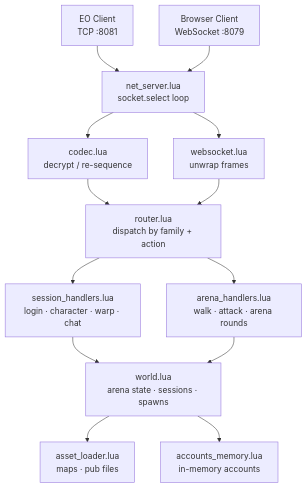
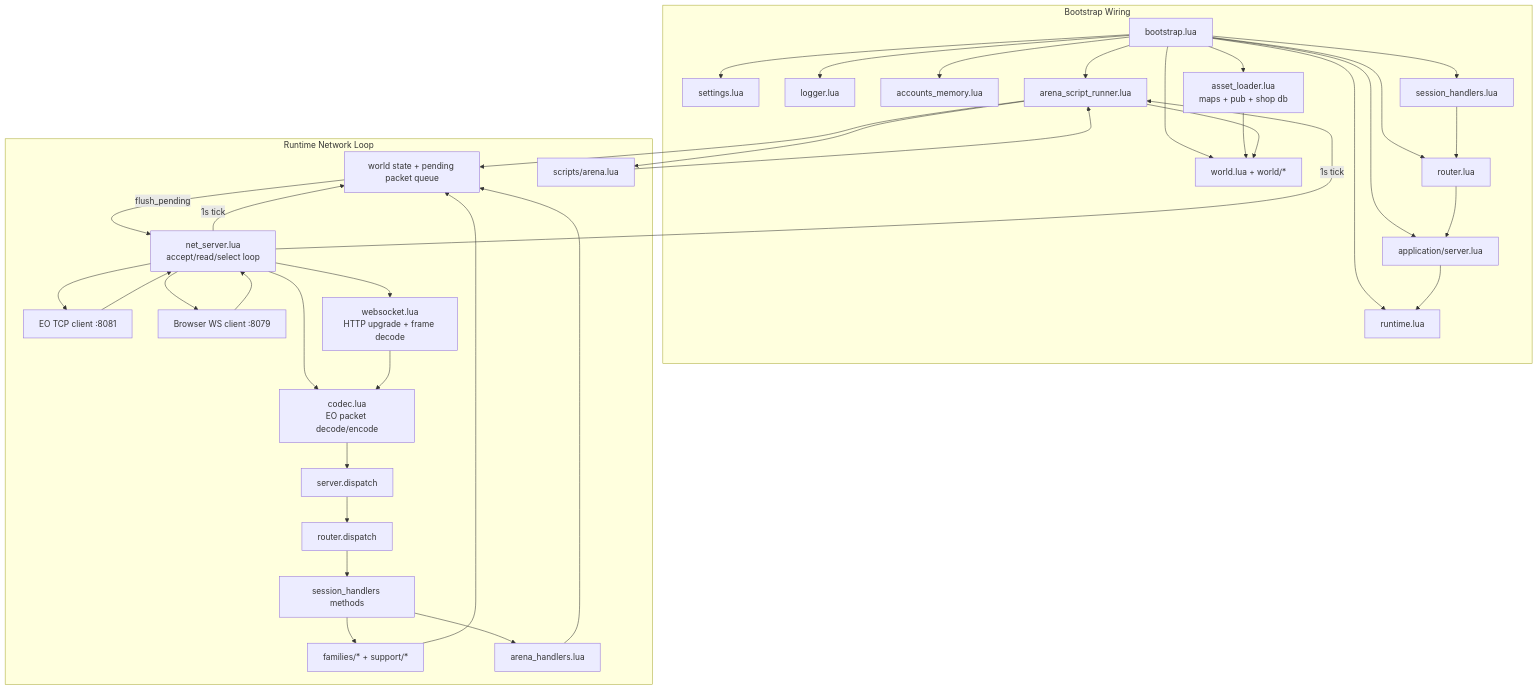
The diagram in README.md (jessjessjade12-cyber/Scorpion), drawn with Mermaid before and after one commit. The commit also changed other lines of this file, not shown here.

Commit message:
docs: align architecture flowchart with runtime wiring

````diff
--- a/README.md
+++ b/README.md
@@ -64,20 +68,68 @@
 ```mermaid
 flowchart TD
-    A[EO Client\nTCP :8081] --> N
-    B[Browser Client\nWebSocket :8079] --> N
+    subgraph Boot[Bootstrap Wiring]
+      B[bootstrap.lua]
+      ST[settings.lua]
+      LG[logger.lua]
+      AC[accounts_memory.lua]
+      AL[asset_loader.lua\nmaps + pub + shop db]
+      WO[world.lua + world/*]
+      AR[arena_script_runner.lua]
+      RO[router.lua]
+      SHW[session_handlers.lua]
+      SV[application/server.lua]
+      RT[runtime.lua]
 
-    N[net_server.lua\nsocket.select loop]
-    N --> C[codec.lua\ndecrypt / re-sequence]
-    N --> W[websocket.lua\nunwrap frames]
-    C --> R[router.lua\ndispatch by family + action]
-    W --> R
+      B --> ST
+      B --> LG
+      B --> AC
+      B --> AL
+      B --> WO
+      B --> AR
+      B --> RO
+      B --> SHW
+      B --> SV
+      B --> RT
+      AL --> WO
+      AR --> WO
+      SHW --> RO
+      RO --> SV
+      SV --> RT
+    end
 
-    R --> SH[session_handlers.lua\nlogin · character · warp · chat]
-    R --> AH[arena_handlers.lua\nwalk · attack · arena rounds]
+    subgraph Loop[Runtime Network Loop]
+      C1[EO TCP client :8081]
+      C2[Browser WS client :8079]
+      NS[net_server.lua\naccept/read/select loop]
+      WS[websocket.lua\nHTTP upgrade + frame decode]
+      CD[codec.lua\nEO packet decode/encode]
+      SD[server.dispatch]
+      ROD[router.dispatch]
+      SH[session_handlers methods]
+      FH[families/* + support/*]
+      AH[arena_handlers.lua]
+      WQ[world state + pending packet queue]
+      SCR[scripts/arena.lua]
 
-    SH --> WO[world.lua\narena state · sessions · spawns]
-    AH --> WO
-
-    WO --> AL[asset_loader.lua\nmaps · pub files]
-    WO --> AM[accounts_memory.lua\nin-memory accounts]
+      C1 --> NS
+      C2 --> NS
+      NS --> CD
+      NS --> WS
+      WS --> CD
+      CD --> SD
+      SD --> ROD
+      ROD --> SH
+      SH --> FH
+      SH --> AH
+      FH --> WQ
+      AH --> WQ
+      WQ -->|flush_pending| NS
+      NS --> C1
+      NS --> C2
+      NS -->|1s tick| WQ
+      NS -->|1s tick| AR
+      AR --> SCR
+      SCR --> AR
+      AR --> WQ
+    end
 ```
````
